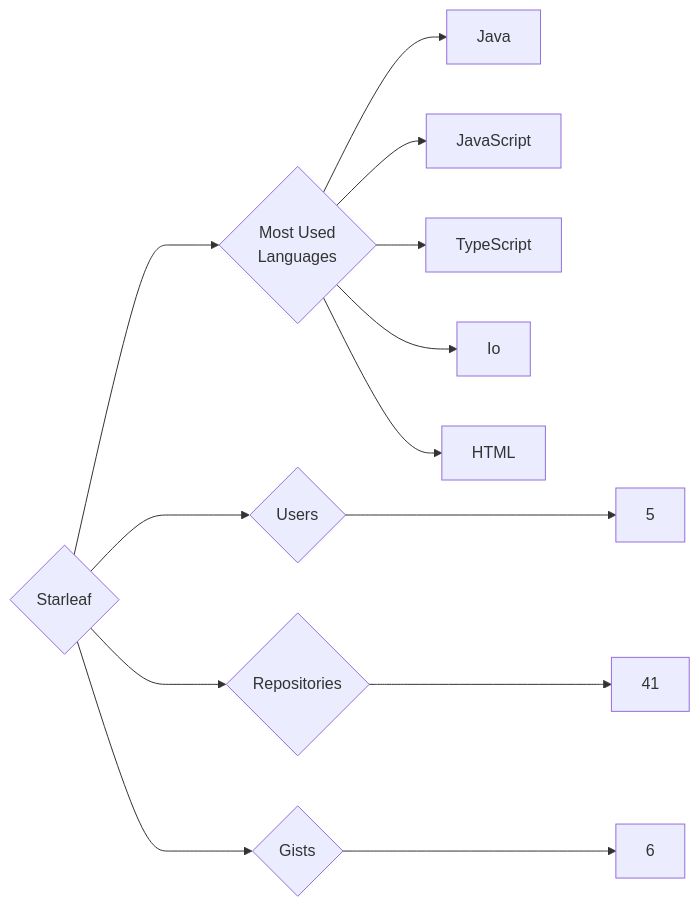
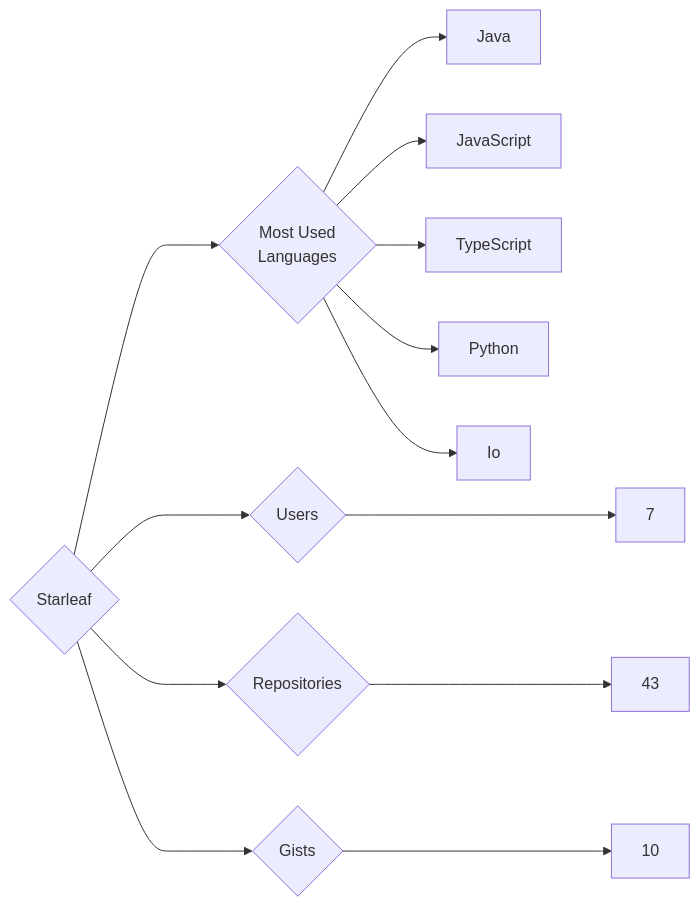
The diagram in targets/Starleaf/README.md (trickest/insiders), drawn with Mermaid before and after one commit. The commit also changed 955 other files, not shown here.

````diff
--- a/targets/Starleaf/README.md
+++ b/targets/Starleaf/README.md
@@ -3,13 +3,13 @@
 ```mermaid
 graph LR
 COMPANY_NAME{Starleaf}
-COMPANY_NAME ---> U{Users} ---> UN[5]
-COMPANY_NAME ---> R{Repositories} ---> RN[41]
-COMPANY_NAME ---> G{Gists} ---> GN[6]
+COMPANY_NAME ---> U{Users} ---> UN[7]
+COMPANY_NAME ---> R{Repositories} ---> RN[43]
+COMPANY_NAME ---> G{Gists} ---> GN[10]
 COMPANY_NAME ---> ML{Most Used<br>Languages}
 ML --> Java[Java]
 ML --> JavaScript[JavaScript]
 ML --> TypeScript[TypeScript]
+ML --> Python[Python]
 ML --> Io[Io]
-ML --> HTML[HTML]
 ```
````
